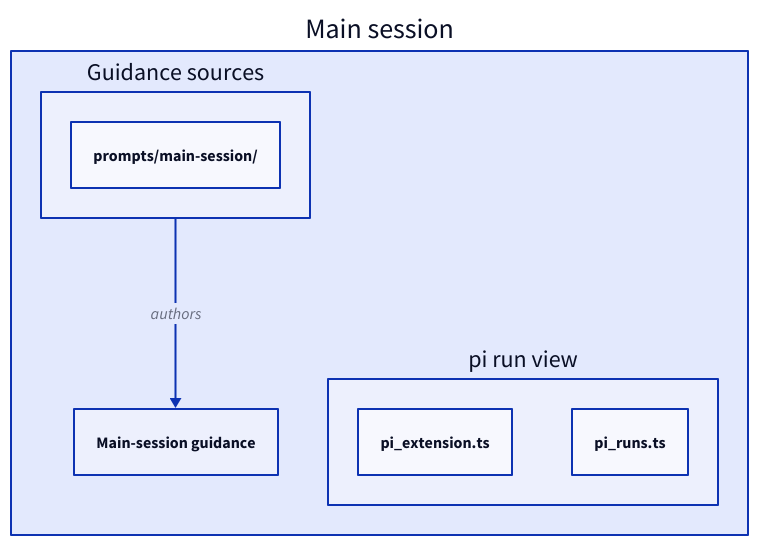
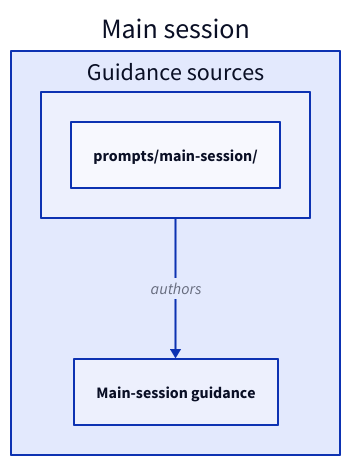
Before and after one commit to FTOD/concorde: the third of 3 diagrams in specs/concorde/coordination/main-session/module.md, drawn with D2. The commit also changed other lines of this file and 92 other files, not shown here.

````diff
--- a/specs/concorde/coordination/main-session/module.md
+++ b/specs/concorde/coordination/main-session/module.md
@@ -594,13 +463,9 @@
 ```d2
 mainsession: Main session {
   sources: Guidance sources {
     "prompts/main-session/"
   }
   guidance: Main-session guidance
-  view: pi run view {
-    "pi_extension.ts"
-    "pi_runs.ts"
-  }
   sources -> guidance: authors
 }
 ```
````
